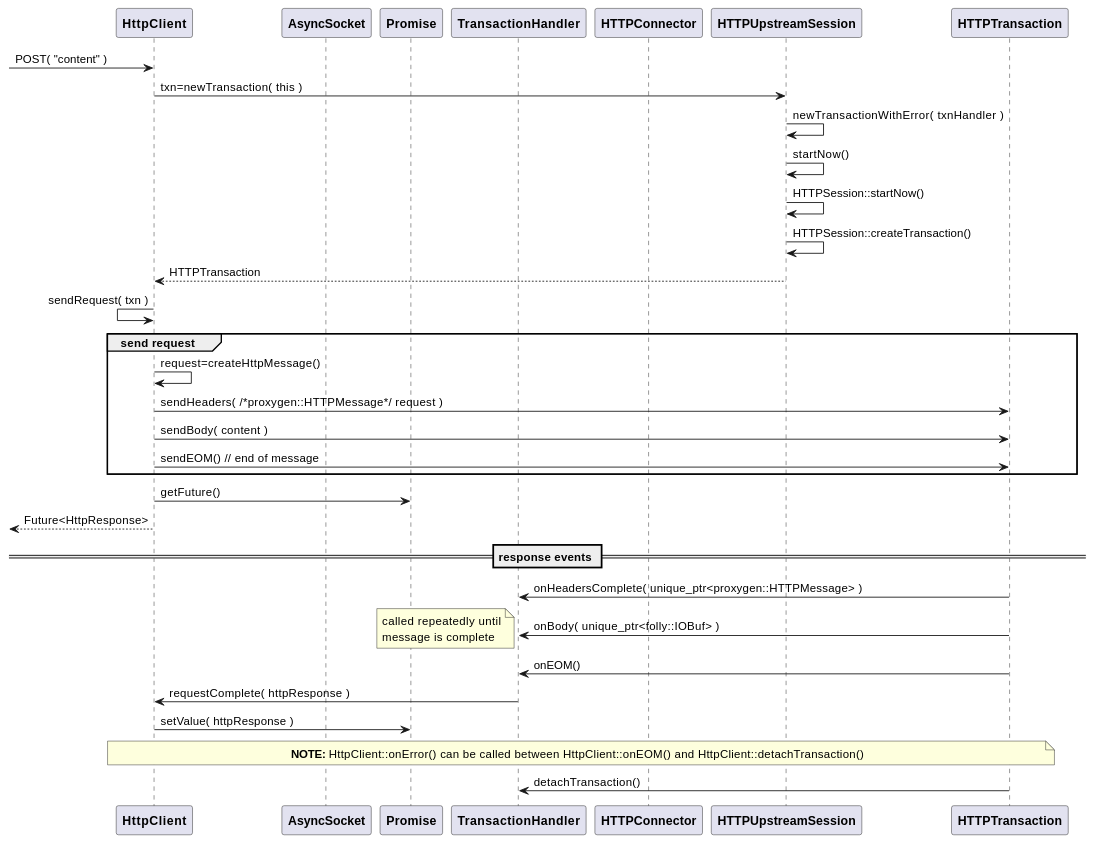
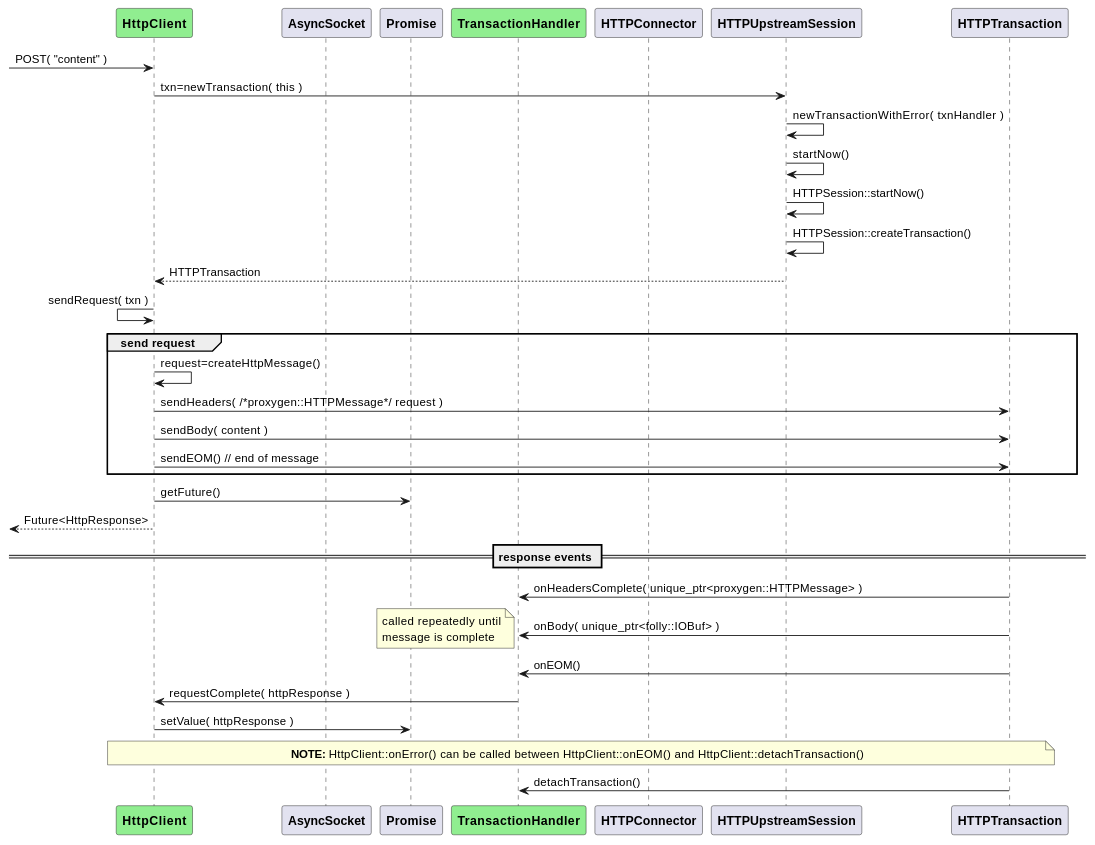
One commit to patrickhallinan/hello-proxygen changed the third of 4 diagrams in doc/http-client.adoc. Above: the diagram before and after it, drawn with PlantUML. The commit also changed other lines of this file and 8 other files, not shown here.

```diff
--- a/doc/http-client.adoc
+++ b/doc/http-client.adoc
@@ -155,53 +155,53 @@
 [plantuml, "http-client-post-seq.puml", svg]
 ----
 
-participant "**HttpClient**" as HttpClient
+participant "**HttpClient**" as HttpClient #LightGreen
 participant "**AsyncSocket**" as AsyncSocket
 participant "**Promise**" as Promise
-participant "**TransactionHandler**" as TransactionHandler
+participant "**TransactionHandler**" as TransactionHandler #LightGreen
 participant "**HTTPConnector**" as HTTPConnector
 participant "**HTTPUpstreamSession**" as HTTPUpstreamSession
 participant "**HTTPTransaction**" as HTTPTransaction
 
 
 -> HttpClient : POST( "content" )
 HttpClient -> HTTPUpstreamSession : txn=newTransaction( this )
 HTTPUpstreamSession -> HTTPUpstreamSession : newTransactionWithError( txnHandler )
 HTTPUpstreamSession -> HTTPUpstreamSession : startNow()
 HTTPUpstreamSession -> HTTPUpstreamSession : HTTPSession::startNow()    
 HTTPUpstreamSession -> HTTPUpstreamSession : HTTPSession::createTransaction()
 HTTPUpstreamSession --> HttpClient : HTTPTransaction
 
 HttpClient <- HttpClient : sendRequest( txn )
 
 group send request
     HttpClient -> HttpClient : request=createHttpMessage()
     HttpClient -> HTTPTransaction : sendHeaders( /*proxygen::HTTPMessage*/ request )
     HttpClient -> HTTPTransaction : sendBody( content )
     HttpClient -> HTTPTransaction : sendEOM() // end of message
 end group
 
 HttpClient -> Promise : getFuture()
 <-- HttpClient : Future<HttpResponse>
 
 
 == response events ==
 
 HTTPTransaction -> TransactionHandler : onHeadersComplete( unique_ptr<proxygen::HTTPMessage> )
 
 HTTPTransaction -> TransactionHandler : onBody( unique_ptr<folly::IOBuf> )
 note left
     called repeatedly until
     message is complete
 end note
 
 HTTPTransaction -> TransactionHandler : onEOM()
 TransactionHandler -> HttpClient : requestComplete( httpResponse )
 HttpClient -> Promise : setValue( httpResponse )
 
 note across
     **NOTE:** HttpClient::onError() can be called between HttpClient::onEOM() and HttpClient::detachTransaction()
 end note
 
 HTTPTransaction -> TransactionHandler : detachTransaction()
 ----
```
